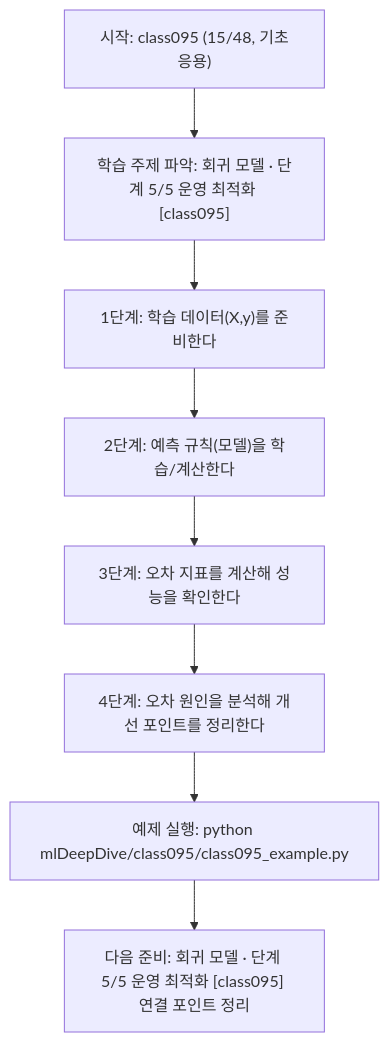
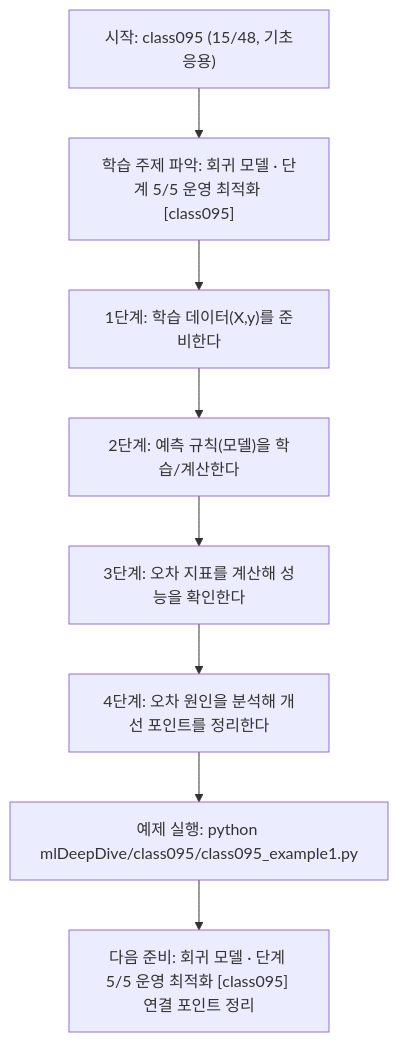
Before and after one commit to edumgt/Python-AI_Agent-Class: the diagram in mlDeepDive/class095/class095.md, drawn with Mermaid. The commit also changed other lines of this file and 2959 other files, not shown here.

````diff
--- a/mlDeepDive/class095/class095.md
+++ b/mlDeepDive/class095/class095.md
@@ -109,18 +109,18 @@
 ```mermaid
 flowchart TD
 N1["시작: class095 (15/48, 기초응용)"]
 N2["학습 주제 파악: 회귀 모델 · 단계 5/5 운영 최적화 [class095]"]
 N3["1단계: 학습 데이터(X,y)를 준비한다"]
 N4["2단계: 예측 규칙(모델)을 학습/계산한다"]
 N5["3단계: 오차 지표를 계산해 성능을 확인한다"]
 N6["4단계: 오차 원인을 분석해 개선 포인트를 정리한다"]
-N7["예제 실행: python mlDeepDive/class095/class095_example.py"]
+N7["예제 실행: python mlDeepDive/class095/class095_example1.py"]
 N8["다음 준비: 회귀 모델 · 단계 5/5 운영 최적화 [class095] 연결 포인트 정리"]
 N1 --> N2
 N2 --> N3
 N3 --> N4
 N4 --> N5
 N5 --> N6
 N6 --> N7
 N7 --> N8
 ```
````
